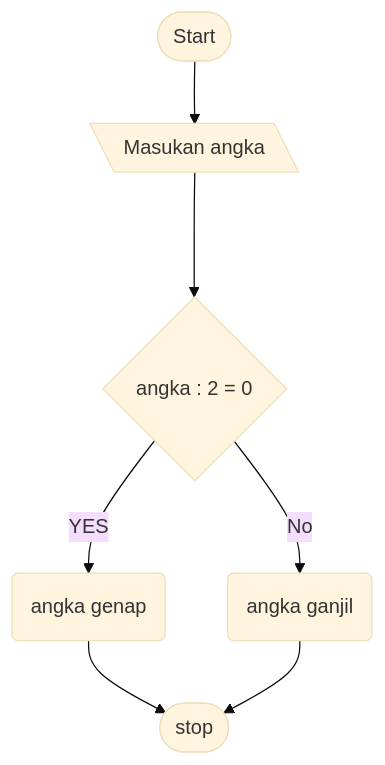
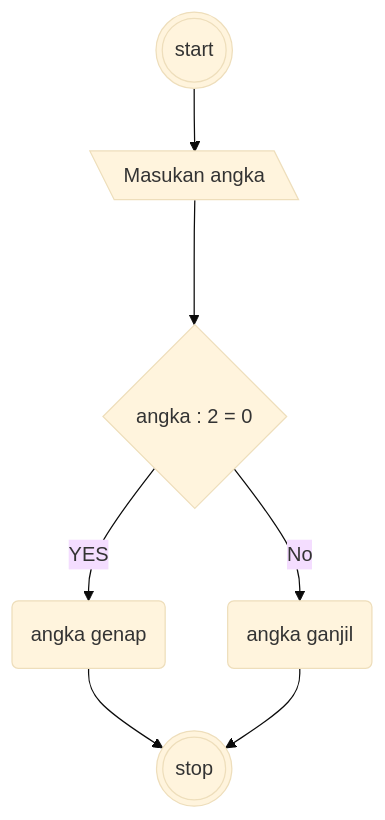
Before and after one commit to ariekas/koda-b4-algoritma: the diagram in MiniTask4.md, drawn with Mermaid (base theme).

````diff
--- a/MiniTask4.md
+++ b/MiniTask4.md
@@ -3,15 +3,15 @@
 ```mermaid
 flowchart TD
-Start([Start])
+Start(((start)))
 InputAngka[\Masukan angka\]
 Perhitungan{angka : 2 = 0}
 ProsessGanjil(angka ganjil)
 ProsessGenap(angka genap)
-Stop([stop])
+Stop(((stop)))
 
 Start --> InputAngka
 InputAngka ---> Perhitungan
 Perhitungan -- YES --> ProsessGenap --> Stop
 Perhitungan -- No --> ProsessGanjil --> Stop
 
 ```
````
